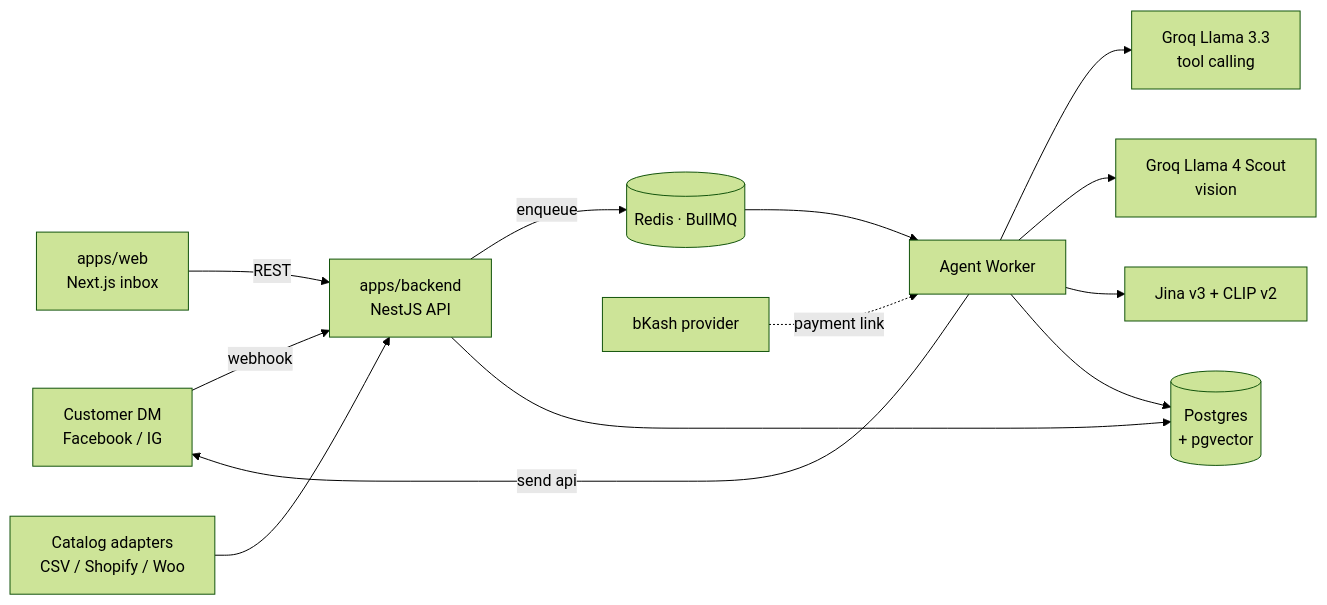
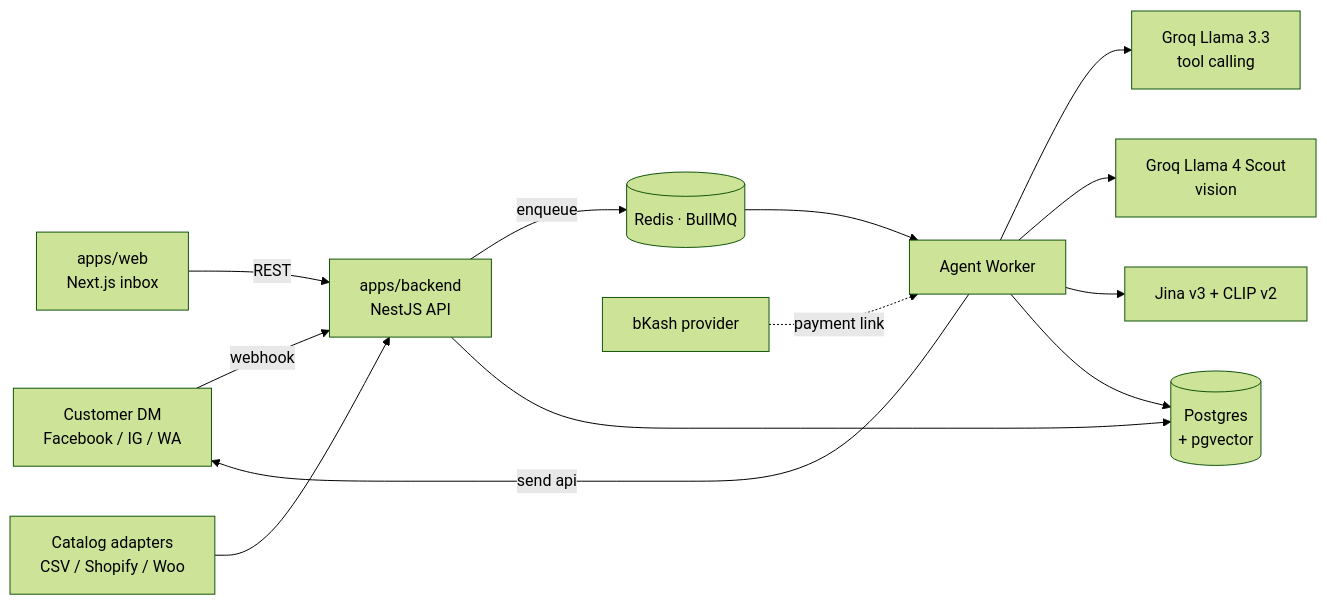
Before and after one commit to siraajul/jobab: the diagram in README.md, drawn with Mermaid (forest theme). The commit also changed other lines of this file, not shown here.

Commit message:
docs: rewrite README with full feature, architecture, data-model and API reference

````diff
--- a/README.md
+++ b/README.md
@@ -27,15 +113,15 @@
 ```mermaid
 flowchart LR
-    fb[Customer DM<br/>Facebook / IG] --webhook--> api[apps/backend<br/>NestJS API]
+    fb[Customer DM<br/>Facebook / IG / WA] --webhook--> api[apps/backend<br/>NestJS API]
     api --enqueue--> q[(Redis · BullMQ)]
     q --> worker[Agent Worker]
     worker --> llm[Groq Llama 3.3<br/>tool calling]
     worker --> vision[Groq Llama 4 Scout<br/>vision]
     worker --> embed[Jina v3 + CLIP v2]
     worker --> pg[(Postgres<br/>+ pgvector)]
     worker --send api--> fb
     web[apps/web<br/>Next.js inbox] --REST--> api
     api --> pg
     pay[bKash provider] -.payment link.-> worker
     catalog[Catalog adapters<br/>CSV / Shopify / Woo] --> api
 ```
````
